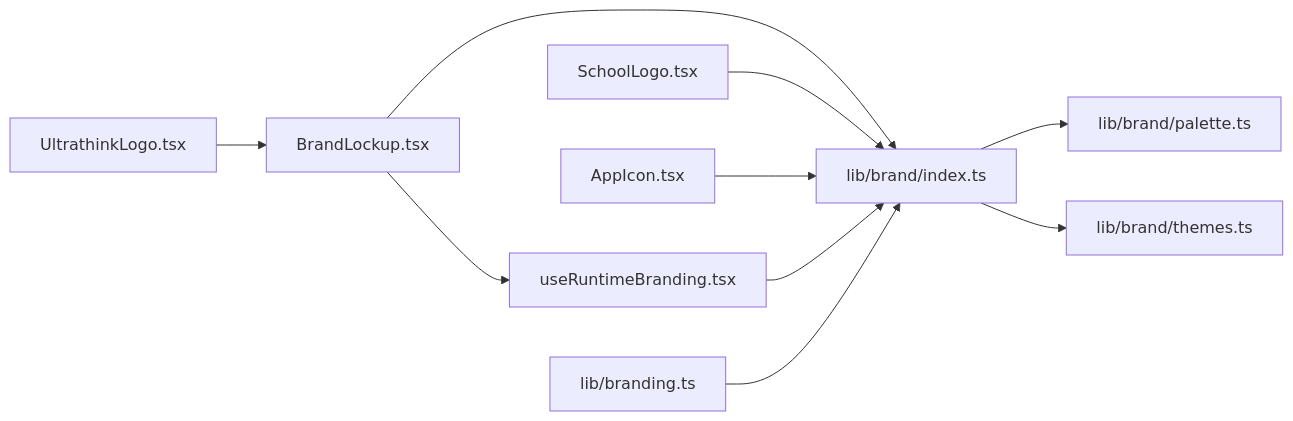
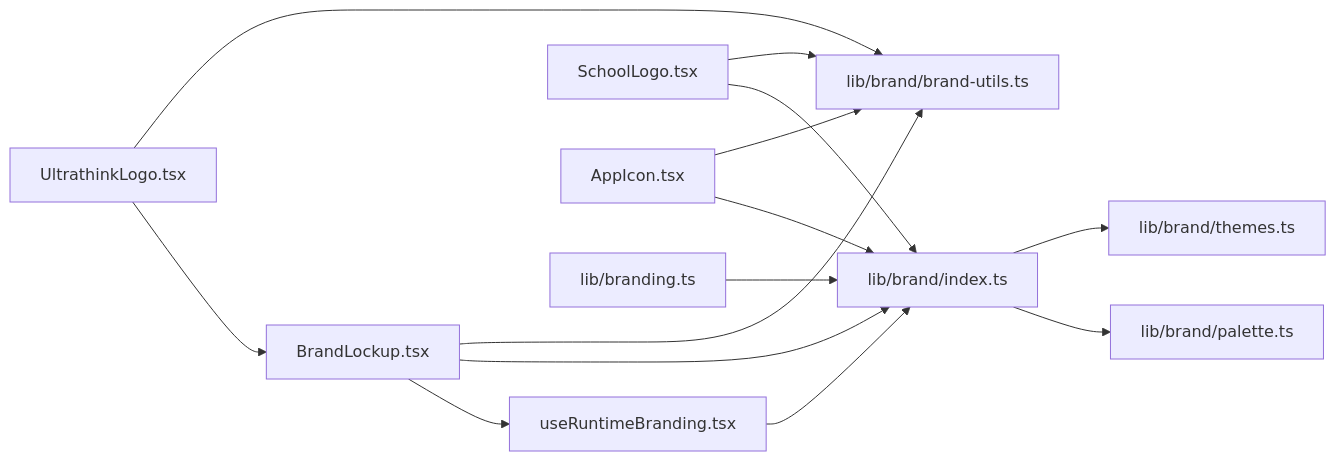
Before and after one commit to mustafaalkusaj/appschoolmustafa2002: the sixth of 6 diagrams in .qoder/repowiki/en/content/UI Components/Brand Components.md, drawn with Mermaid. The commit also changed other lines of this file and 277 other files, not shown here.

````diff
--- a/.qoder/repowiki/en/content/UI Components/Brand Components.md
+++ b/.qoder/repowiki/en/content/UI Components/Brand Components.md
@@ -300,12 +362,16 @@
 ```mermaid
 graph LR
 BL["BrandLockup.tsx"] --> RB["useRuntimeBranding.tsx"]
 BL --> LIB["lib/brand/index.ts"]
+BL --> UTILS["lib/brand/brand-utils.ts"]
 SL["SchoolLogo.tsx"] --> LIB
+SL --> UTILS
 UL["UltrathinkLogo.tsx"] --> BL
+UL --> UTILS
 AI["AppIcon.tsx"] --> LIB
+AI --> UTILS
 RB --> LIB
 LIB --> PALETTE["lib/brand/palette.ts"]
 LIB --> THEMES["lib/brand/themes.ts"]
 BRDG["lib/branding.ts"] --> LIB
 ```
````
